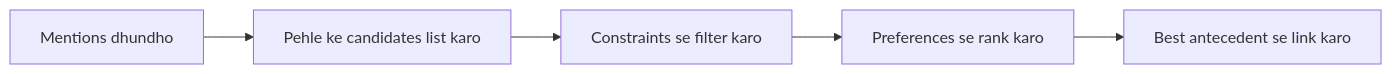
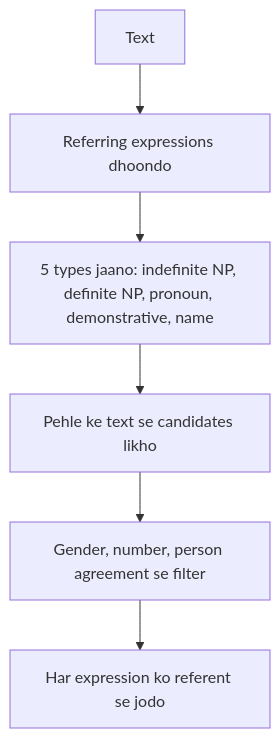
One commit to TrendySloth1001/sem-seven-notes changed the diagram in content/natural-language-processing/pyq/2023-05-ce/q3b.hi.mdx. Above: the diagram before and after it, drawn with Mermaid. The commit also changed other lines of this file and 406 other files, not shown here.

````diff
--- a/content/natural-language-processing/pyq/2023-05-ce/q3b.hi.mdx
+++ b/content/natural-language-processing/pyq/2023-05-ce/q3b.hi.mdx
@@ -19,8 +11,9 @@
 ```mermaid
-%% caption: Ek typical reference resolution pipeline. Constraints impossible candidates hatate hain, preferences baaki ko rank karte hain.
-flowchart LR
-  A["Mentions dhundho"] --> B["Pehle ke candidates list karo"]
-  B --> C["Constraints se filter karo"]
-  C --> D["Preferences se rank karo"]
-  D --> E["Best antecedent se link karo"]
+%% caption: Reference resolution problem: expressions andar, links bahar.
+flowchart TD
+  T["Text"] --> E["Referring expressions dhoondo"]
+  E --> T5["5 types jaano: indefinite NP, definite NP, pronoun, demonstrative, name"]
+  T5 --> C["Pehle ke text se candidates likho"]
+  C --> F["Gender, number, person agreement se filter"]
+  F --> L["Har expression ko referent se jodo"]
 ```
````
